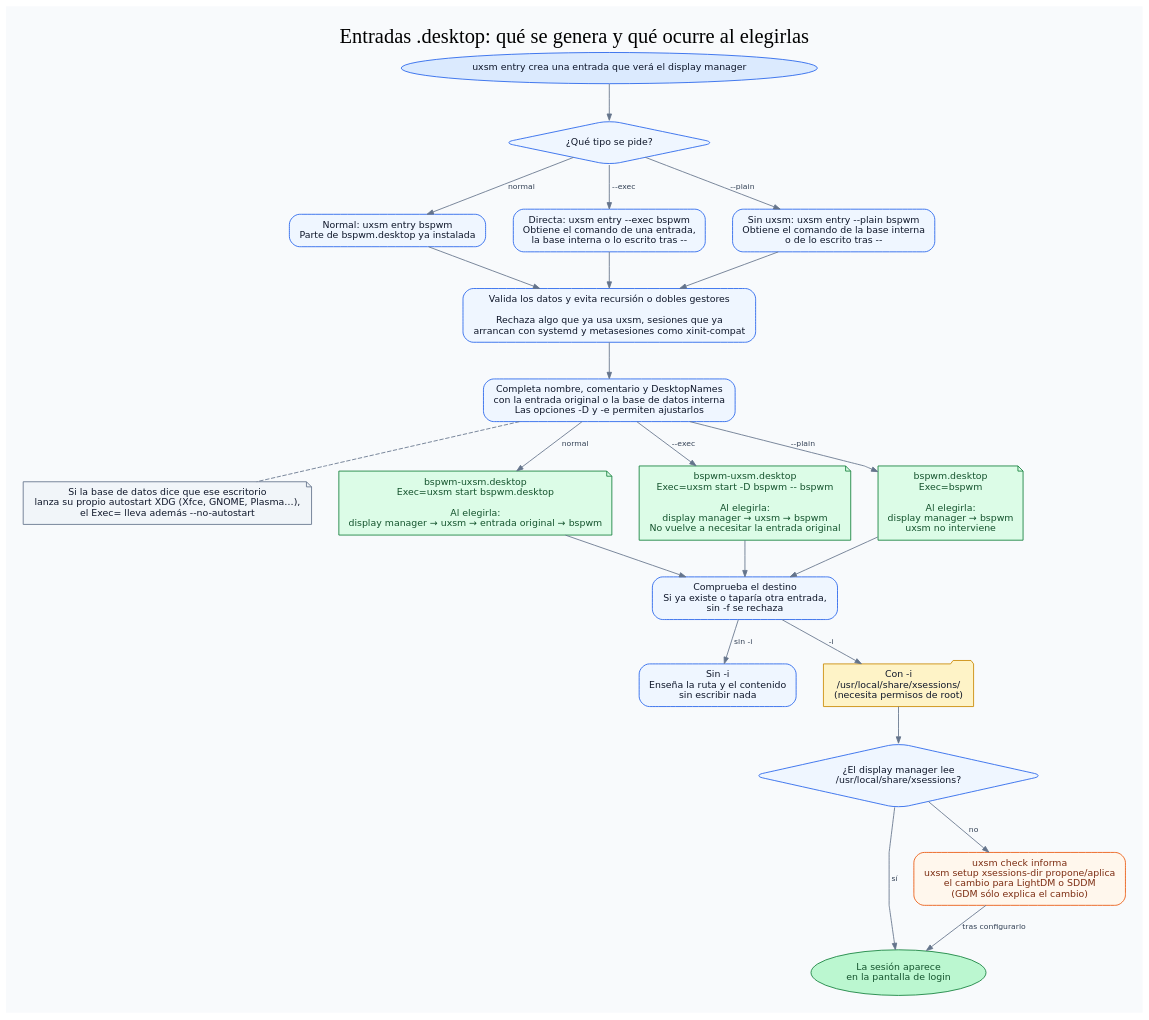
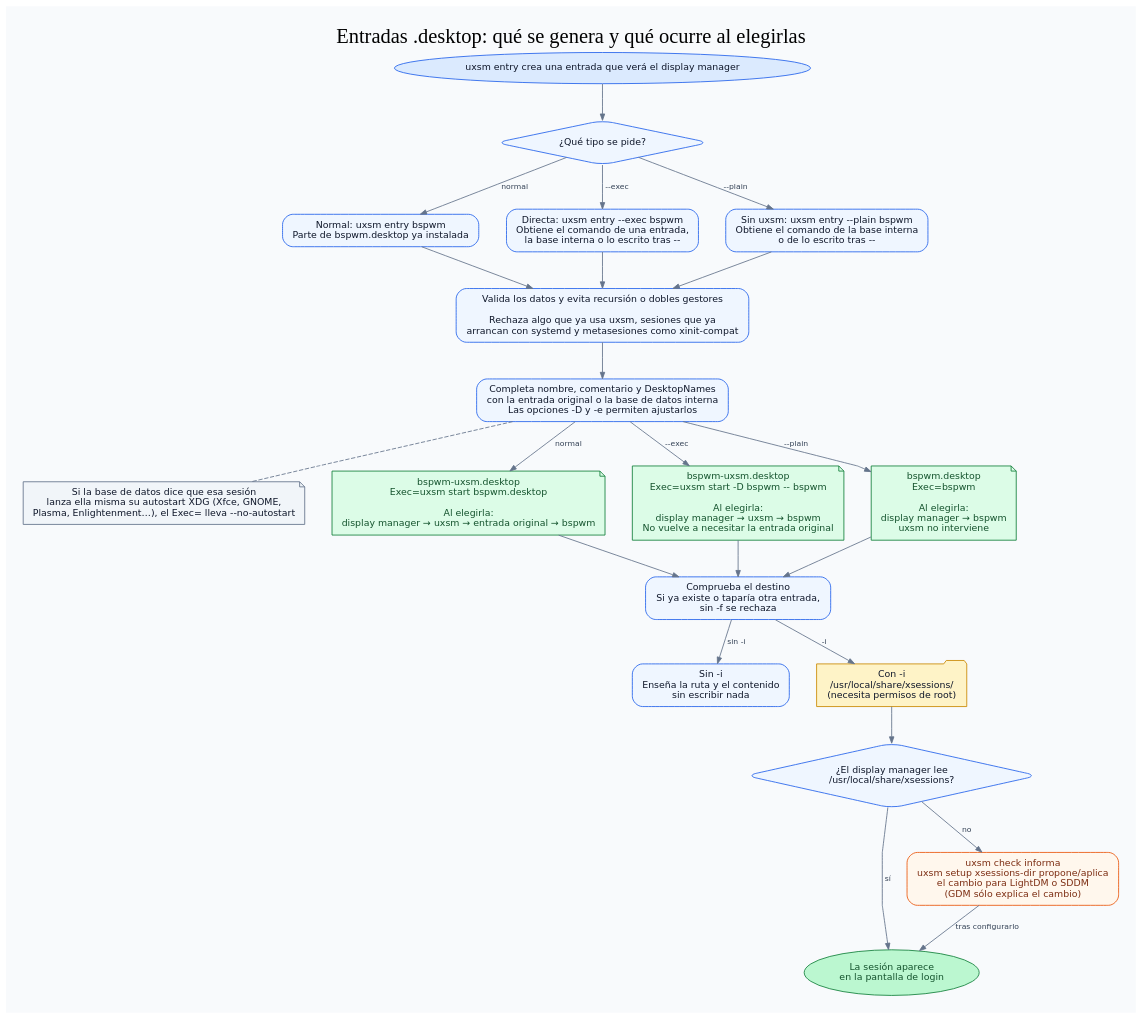
The diagram in docs/flows/session-entries.dot (heizeisaburou/uxsm), drawn with Graphviz before and after one commit. The commit also changed 5 other files, not shown here.

First line of the commit message:
La tabla dice qué lanza cada sesión, no qué es

```diff
--- a/docs/flows/session-entries.dot
+++ b/docs/flows/session-entries.dot
@@ -1,72 +1,72 @@
 digraph session_entries {
   graph [
     label="Entradas .desktop: qué se genera y qué ocurre al elegirlas",
     labelloc=t,
     fontsize=24,
     fontname="DejaVu Sans Bold",
     bgcolor="#f8fafc",
     pad=0.28,
     nodesep=0.45,
     ranksep=0.58,
     splines=polyline
   ];
   node [shape=box, style="rounded,filled", fontname="DejaVu Sans", fontsize=11,
         color="#2563eb", fillcolor="#eff6ff", fontcolor="#0f172a", margin="0.15,0.10"];
   edge [fontname="DejaVu Sans", fontsize=9, color="#64748b", fontcolor="#334155", arrowsize=0.75];
 
   cli [shape=oval, fillcolor="#dbeafe",
        label="uxsm entry crea una entrada que verá el display manager"];
   mode [shape=diamond, label="¿Qué tipo se pide?"];
 
   ref [label="Normal: uxsm entry bspwm\nParte de bspwm.desktop ya instalada"];
   direct [label="Directa: uxsm entry --exec bspwm\nObtiene el comando de una entrada,\nla base interna o lo escrito tras --"];
   plain [label="Sin uxsm: uxsm entry --plain bspwm\nObtiene el comando de la base interna\no de lo escrito tras --"];
 
   validate [label="Valida los datos y evita recursión o dobles gestores\n\nRechaza algo que ya usa uxsm, sesiones que ya\narrancan con systemd y metasesiones como xinit-compat"];
   names [label="Completa nombre, comentario y DesktopNames\ncon la entrada original o la base de datos interna\nLas opciones -D y -e permiten ajustarlos"];
   ownautostart [shape=note, color="#64748b", fillcolor="#f1f5f9",
-                label="Si la base de datos dice que ese escritorio\nlanza su propio autostart XDG (Xfce, GNOME, Plasma…),\nel Exec= lleva además --no-autostart"];
+                label="Si la base de datos dice que esa sesión\nlanza ella misma su autostart XDG (Xfce, GNOME,\nPlasma, Enlightenment…), el Exec= lleva --no-autostart"];
 
   out_ref [shape=note, fillcolor="#dcfce7", color="#15803d", fontcolor="#14532d",
            label="bspwm-uxsm.desktop\nExec=uxsm start bspwm.desktop\n\nAl elegirla:\ndisplay manager → uxsm → entrada original → bspwm"];
   out_direct [shape=note, fillcolor="#dcfce7", color="#15803d", fontcolor="#14532d",
               label="bspwm-uxsm.desktop\nExec=uxsm start -D bspwm -- bspwm\n\nAl elegirla:\ndisplay manager → uxsm → bspwm\nNo vuelve a necesitar la entrada original"];
   out_plain [shape=note, fillcolor="#dcfce7", color="#15803d", fontcolor="#14532d",
              label="bspwm.desktop\nExec=bspwm\n\nAl elegirla:\ndisplay manager → bspwm\nuxsm no interviene"];
 
   destination [label="Comprueba el destino\nSi ya existe o taparía otra entrada,\nsin -f se rechaza"];
   preview [label="Sin -i\nEnseña la ruta y el contenido\nsin escribir nada"];
   write [shape=folder, fillcolor="#fef3c7", color="#ca8a04",
          label="Con -i\n/usr/local/share/xsessions/\n(necesita permisos de root)"];
   dm [shape=diamond, label="¿El display manager lee\n/usr/local/share/xsessions?"];
   visible [shape=oval, fillcolor="#bbf7d0", color="#15803d", fontcolor="#14532d",
            label="La sesión aparece\nen la pantalla de login"];
   tools [fillcolor="#fff7ed", color="#ea580c", fontcolor="#7c2d12",
          label="uxsm check informa\nuxsm setup xsessions-dir propone/aplica\nel cambio para LightDM o SDDM\n(GDM sólo explica el cambio)"];
 
   cli -> mode;
   mode -> ref [label=" normal "];
   mode -> direct [label=" --exec "];
   mode -> plain [label=" --plain "];
   ref -> validate;
   direct -> validate;
   plain -> validate;
   validate -> names;
   names -> ownautostart [style=dashed, arrowhead=none];
   names -> out_ref [label=" normal "];
   names -> out_direct [label=" --exec "];
   names -> out_plain [label=" --plain "];
   out_ref -> destination;
   out_direct -> destination;
   out_plain -> destination;
   destination -> preview [label=" sin -i "];
   destination -> write [label=" -i "];
   write -> dm;
   dm -> visible [label=" sí "];
   dm -> tools [label=" no "];
   tools -> visible [label=" tras configurarlo "];
 
   {rank=same; ref; direct; plain}
   {rank=same; out_ref; out_direct; out_plain}
   {rank=same; preview; write}
 }
```
